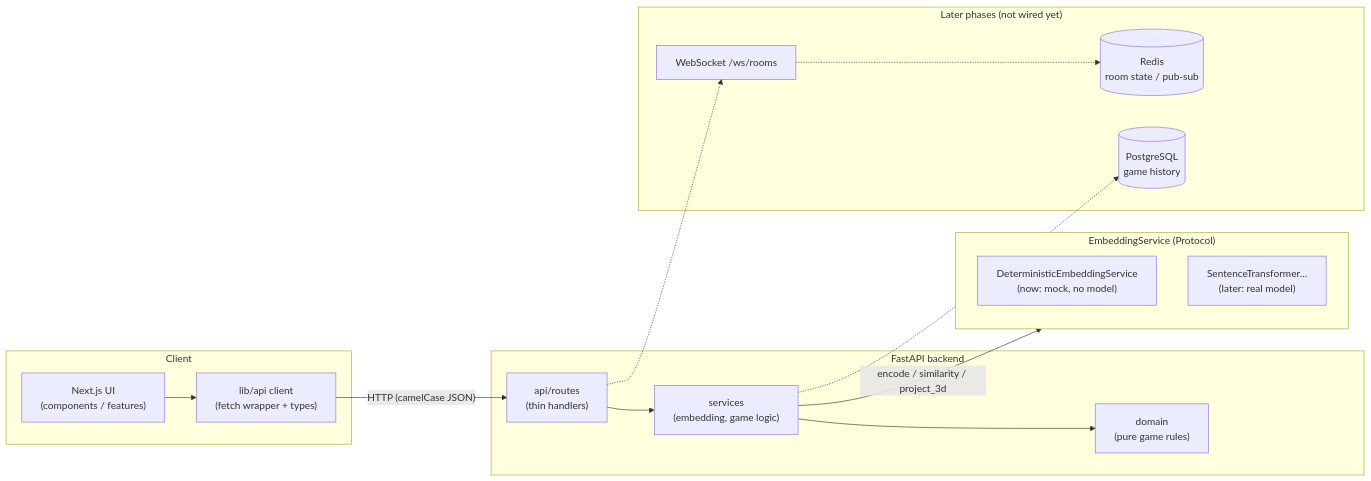
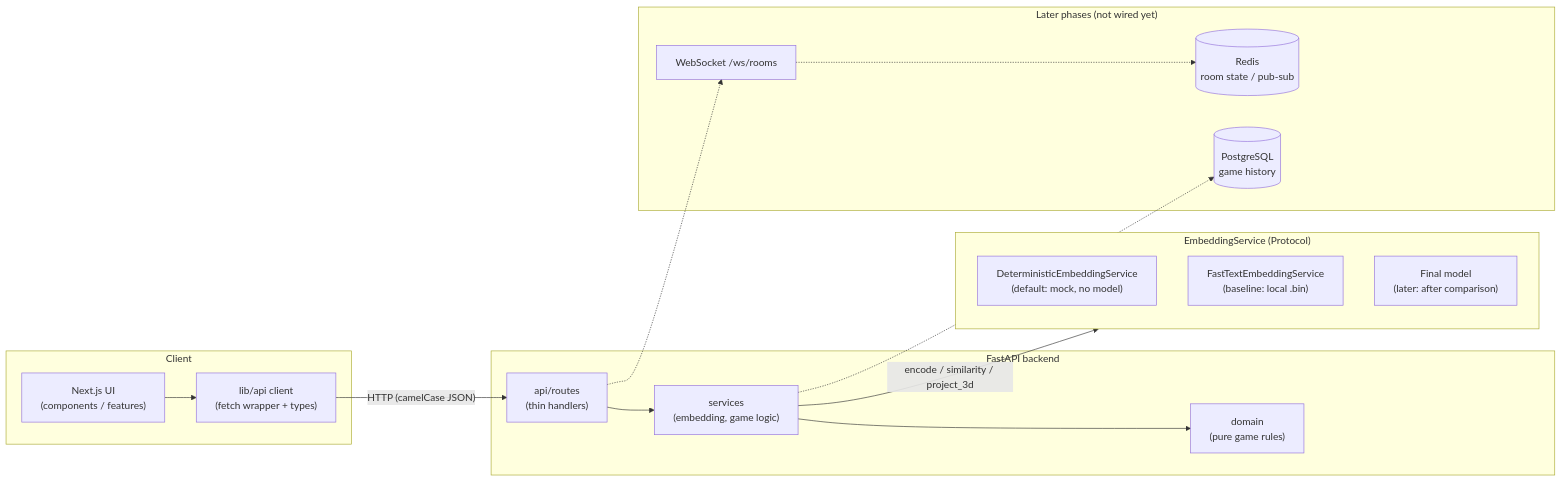
The first of 2 diagrams in docs/ARCHITECTURE.md (ssomda04/word-orbit), drawn with Mermaid before and after one commit. The commit also changed other lines of this file and 14 other files, not shown here.

````diff
--- a/docs/ARCHITECTURE.md
+++ b/docs/ARCHITECTURE.md
@@ -9,34 +9,35 @@
 ```mermaid
 flowchart LR
     subgraph Client
       UI["Next.js UI<br/>(components / features)"]
       APIClient["lib/api client<br/>(fetch wrapper + types)"]
       UI --> APIClient
     end
 
     subgraph Server["FastAPI backend"]
       Routes["api/routes<br/>(thin handlers)"]
       Services["services<br/>(embedding, game logic)"]
       Domain["domain<br/>(pure game rules)"]
       Routes --> Services
       Services --> Domain
     end
 
     subgraph Embedding["EmbeddingService (Protocol)"]
-      Mock["DeterministicEmbeddingService<br/>(now: mock, no model)"]
-      Real["SentenceTransformer…<br/>(later: real model)"]
+      Mock["DeterministicEmbeddingService<br/>(default: mock, no model)"]
+      FT["FastTextEmbeddingService<br/>(baseline: local .bin)"]
+      Real["Final model<br/>(later: after comparison)"]
     end
 
     APIClient -- "HTTP (camelCase JSON)" --> Routes
     Services -- "encode / similarity / project_3d" --> Embedding
 
     subgraph Later["Later phases (not wired yet)"]
       WS["WebSocket /ws/rooms"]
       Redis[("Redis<br/>room state / pub-sub")]
       PG[("PostgreSQL<br/>game history")]
     end
 
     Routes -.-> WS
     WS -.-> Redis
     Services -.-> PG
 ```
````
